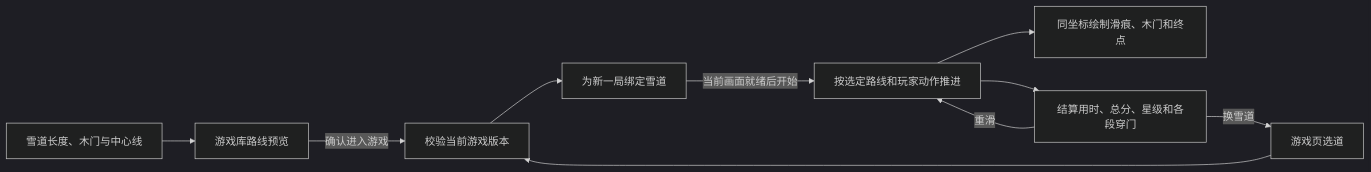
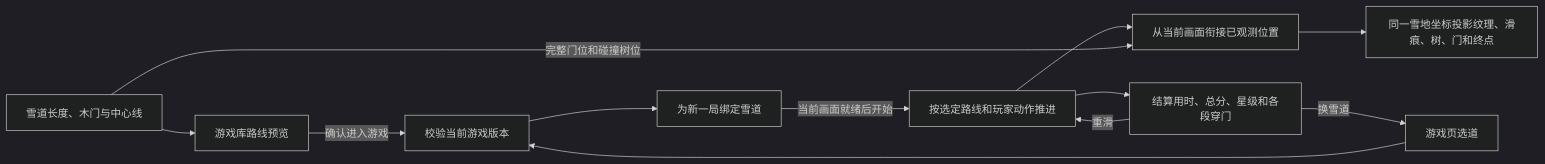
The eighth of 15 diagrams in docs/architecture.md (Geeprox/Friday), drawn with Mermaid (dark theme) before and after one commit. The commit also changed other lines of this file and 9 other files, not shown here.

````diff
--- a/docs/architecture.md
+++ b/docs/architecture.md
@@ -160,12 +160,14 @@
 ```mermaid
 flowchart LR
   P[雪道长度、木门与中心线] --> L[游戏库路线预览]
   L -->|确认进入游戏| C[校验当前游戏版本]
   A[游戏页选道] --> C
   C --> R[为新一局绑定雪道]
   R -->|当前画面就绪后开始| G[按选定路线和玩家动作推进]
-  G --> V[同坐标绘制滑痕、木门和终点]
+  G --> M[从当前画面衔接已观测位置]
+  P -->|完整门位和碰撞树位| M
+  M --> V[同一雪地坐标投影纹理、滑痕、树、门和终点]
   G --> S[结算用时、总分、星级和各段穿门]
   S -->|重滑| G
   S -->|换雪道| A
 ```
````
